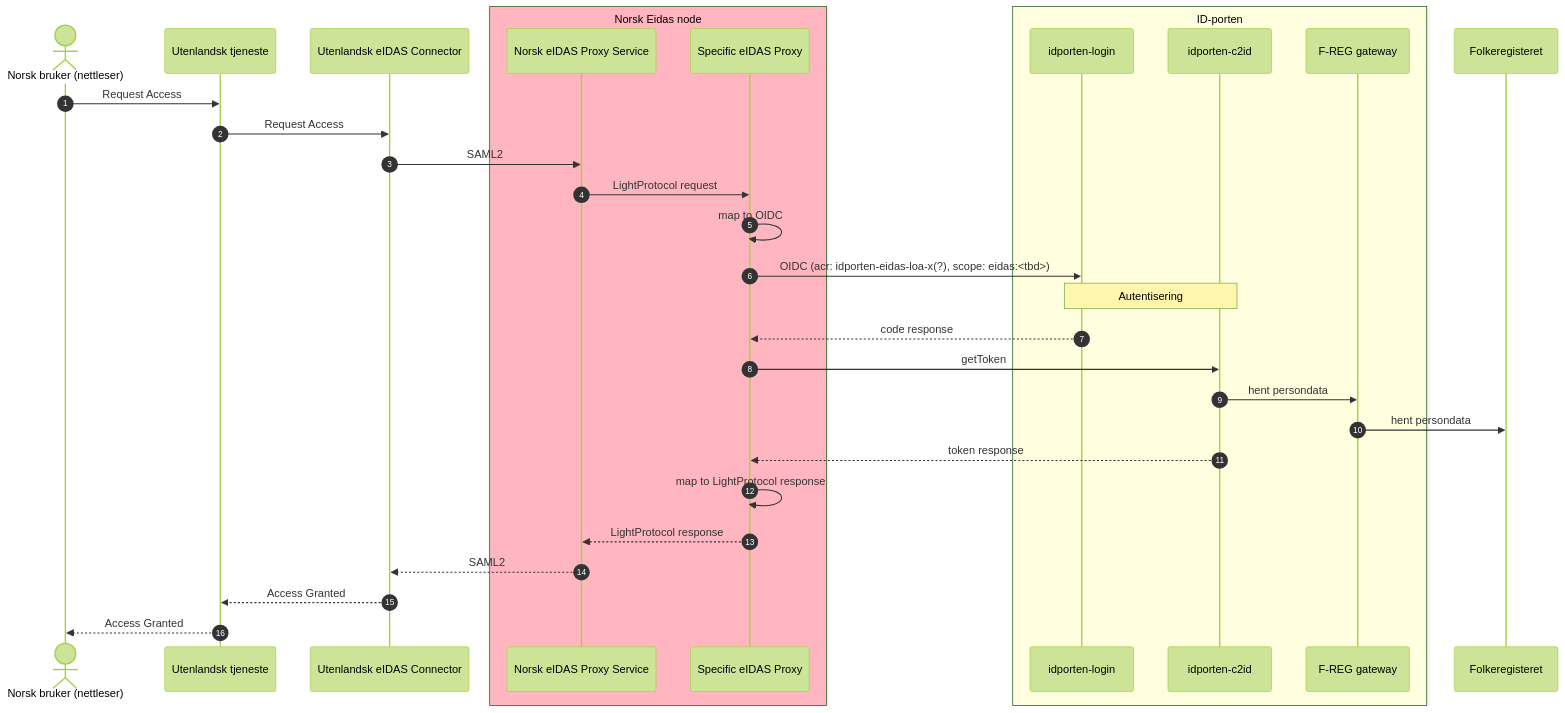
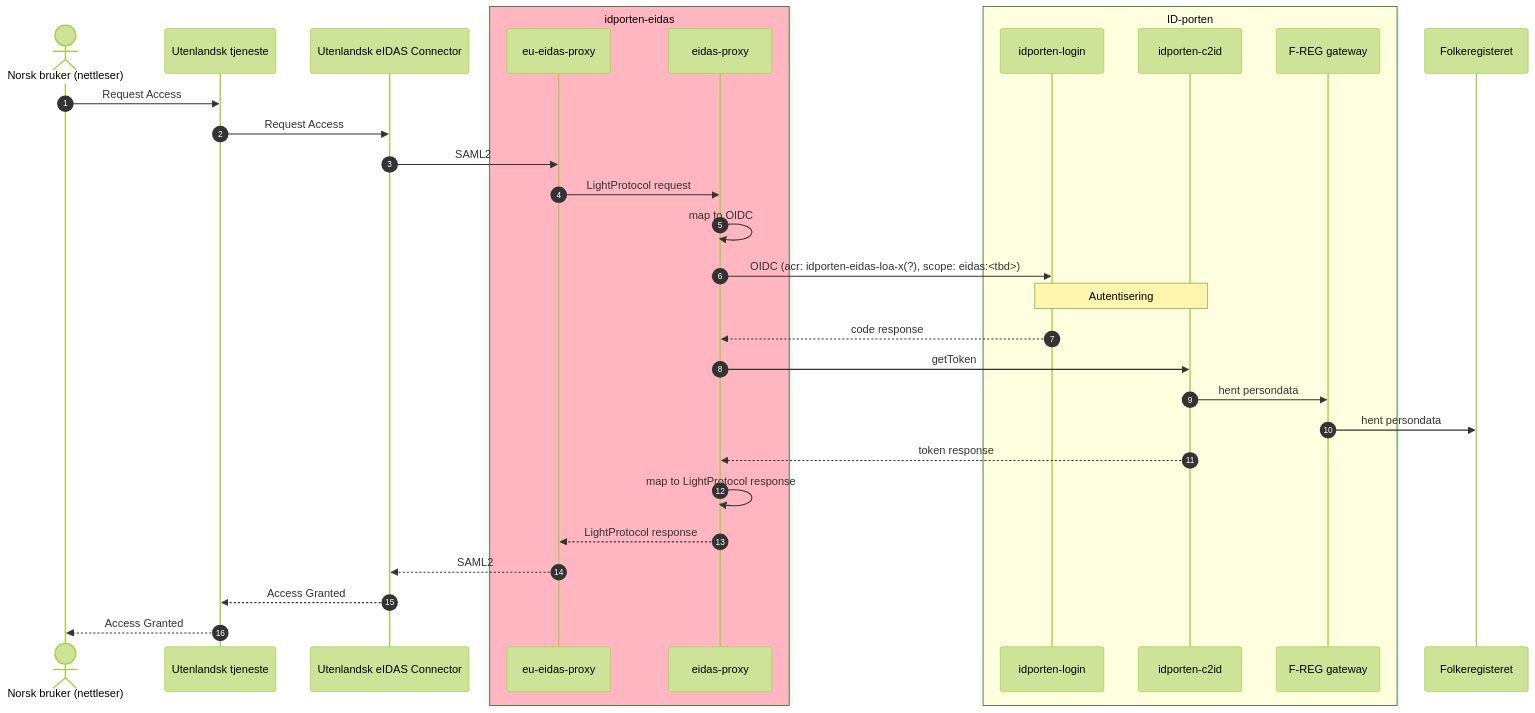
Before and after one commit to felleslosninger/eidas-demo-countries: the first of 2 diagrams in README.md, drawn with Mermaid (forest theme). The commit also changed other lines of this file, not shown here.

````diff
--- a/README.md
+++ b/README.md
@@ -6,35 +6,35 @@
 ```mermaid  
 sequenceDiagram
 autonumber
     actor User as Norsk bruker (nettleser)
     participant SP as Utenlandsk tjeneste
     participant UEC as Utenlandsk eIDAS Connector
-    box lightpink Norsk Eidas node
-    participant NEP as Norsk eIDAS Proxy Service
-    participant SEP as Specific eIDAS Proxy
+    box lightpink idporten-eidas
+    participant NEP as eu-eidas-proxy
+    participant SEP as eidas-proxy
     end
     box lightyellow ID-porten
     participant IL as idporten-login
     participant C2ID as idporten-c2id
     participant FRGW as F-REG gateway
     end
     participant FR as Folkeregisteret
 
     User->>SP: Request Access
     SP->>UEC: Request Access
     UEC->>NEP: SAML2
     NEP->>SEP: LightProtocol request
     SEP->>SEP: map to OIDC 
     SEP->>IL: OIDC (acr: idporten-eidas-loa-x(?), scope: eidas:<tbd>)
     Note over IL,C2ID: Autentisering
     IL-->>SEP: code response
     SEP->>C2ID: getToken
     C2ID->>FRGW: hent persondata
     FRGW->>FR: hent persondata
     C2ID-->>SEP: token response
     SEP->>SEP: map to LightProtocol response
     SEP-->>NEP: LightProtocol response
     NEP-->>UEC: SAML2
     UEC-->>SP: Access Granted
     SP-->>User: Access Granted
 ```    
````
